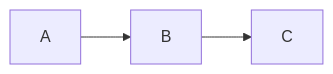
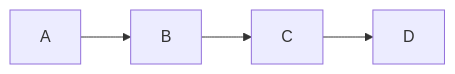
One commit to frkr/typemermaid changed the diagram in README.md. Above: the diagram before and after it, drawn with Mermaid.

````diff
--- a/README.md
+++ b/README.md
@@ -3,4 +3,4 @@
 ```mermaid
 graph LR
-  A --> B --> C
+  A --> B --> C --> D
 ```
````
